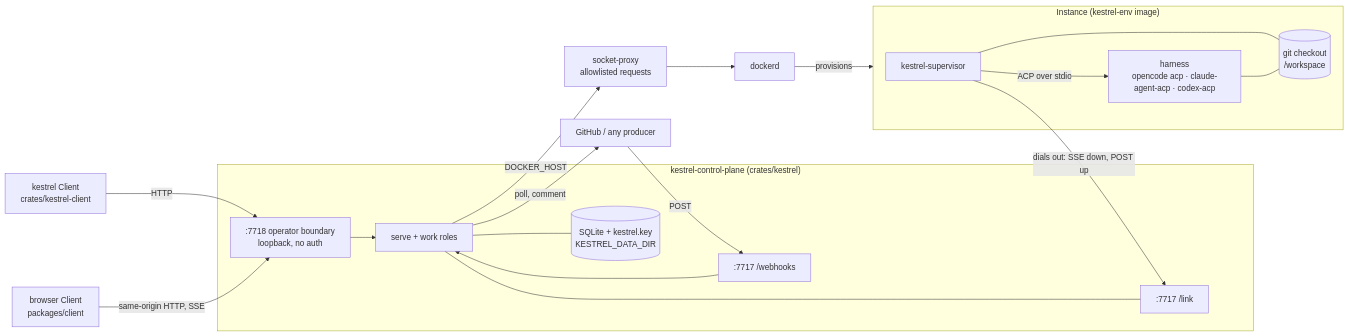
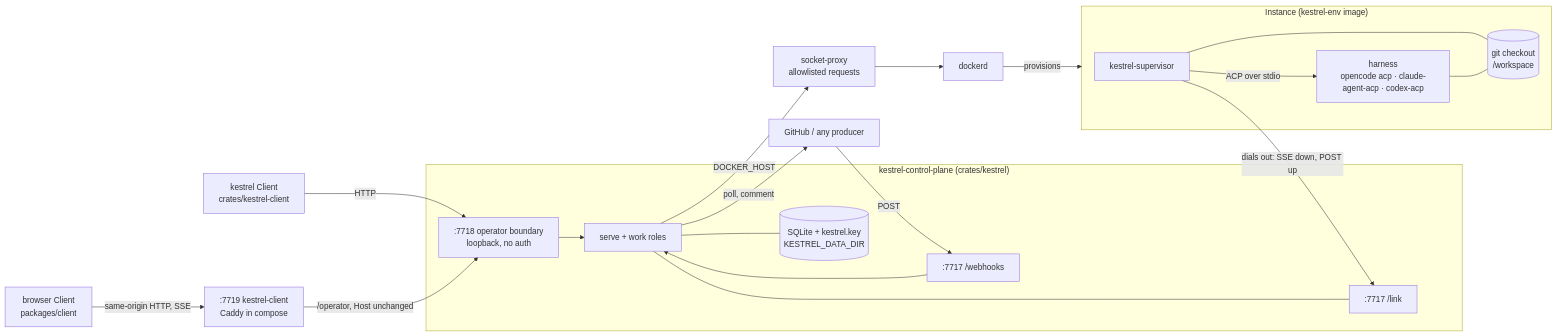
The diagram in docs/architecture/README.md (openkestrel/kestrel), drawn with Mermaid before and after one commit. The commit also changed other lines of this file and 39 other files, not shown here.

First line of the commit message:
Serve the browser Client from a web server, and act on review

````diff
--- a/docs/architecture/README.md
+++ b/docs/architecture/README.md
@@ -33,38 +33,40 @@
 ```mermaid
 flowchart LR
     client["kestrel Client<br/>crates/kestrel-client"]
     browser["browser Client<br/>packages/client"]
+    front[":7719 kestrel-client<br/>Caddy in compose"]
     producer["GitHub / any producer"]
 
     subgraph cp["kestrel-control-plane (crates/kestrel)"]
         operator[":7718 operator boundary<br/>loopback, no auth"]
         webhooks[":7717 /webhooks"]
         link[":7717 /link"]
         roles["serve + work roles"]
         db[("SQLite + kestrel.key<br/>KESTREL_DATA_DIR")]
         operator --> roles
         webhooks --> roles
         link --- roles
         roles --- db
     end
 
     proxy["socket-proxy<br/>allowlisted requests"]
     dockerd["dockerd"]
 
     subgraph instance["Instance (kestrel-env image)"]
         supervisor["kestrel-supervisor"]
         harness["harness<br/>opencode acp · claude-agent-acp · codex-acp"]
         checkout[("git checkout<br/>/workspace")]
         supervisor -- "ACP over stdio" --> harness
         supervisor --- checkout
         harness --- checkout
     end
 
     client -- HTTP --> operator
-    browser -- "same-origin HTTP, SSE" --> operator
+    browser -- "same-origin HTTP, SSE" --> front
+    front -- "/operator, Host unchanged" --> operator
     producer -- POST --> webhooks
     roles -- "poll, comment" --> producer
     roles -- DOCKER_HOST --> proxy --> dockerd
     dockerd -- provisions --> instance
     supervisor -- "dials out: SSE down, POST up" --> link
 ```
````
